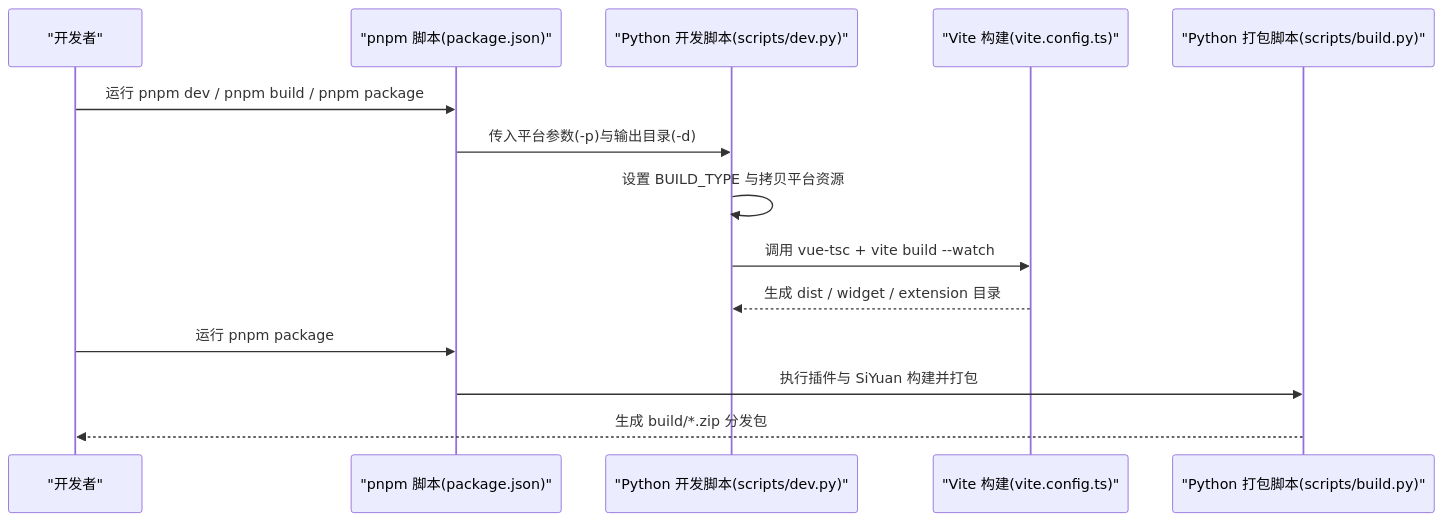
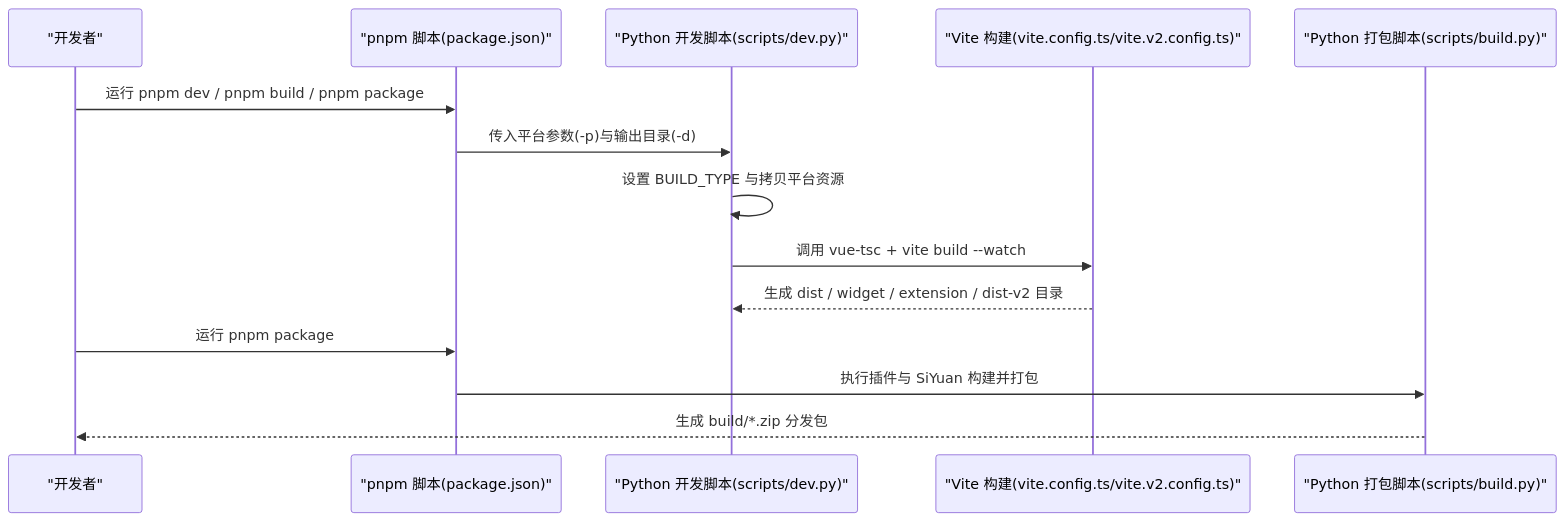
One commit to terwer/siyuan-plugin-publisher changed the second of 7 diagrams in .qoder/repowiki/zh/content/开发指南/开发指南.md. Above: the diagram before and after it, drawn with Mermaid. The commit also changed other lines of this file and 12 other files, not shown here.

````diff
--- a/.qoder/repowiki/zh/content/开发指南/开发指南.md
+++ b/.qoder/repowiki/zh/content/开发指南/开发指南.md
@@ -108,16 +132,16 @@
 ```mermaid
 sequenceDiagram
 participant Dev as "开发者"
 participant PNPM as "pnpm 脚本(package.json)"
 participant PyDev as "Python 开发脚本(scripts/dev.py)"
-participant Vite as "Vite 构建(vite.config.ts)"
+participant Vite as "Vite 构建(vite.config.ts/vite.v2.config.ts)"
 participant PyBuild as "Python 打包脚本(scripts/build.py)"
 Dev->>PNPM : 运行 pnpm dev / pnpm build / pnpm package
 PNPM->>PyDev : 传入平台参数(-p)与输出目录(-d)
 PyDev->>PyDev : 设置 BUILD_TYPE 与拷贝平台资源
 PyDev->>Vite : 调用 vue-tsc + vite build --watch
-Vite-->>PyDev : 生成 dist / widget / extension 目录
+Vite-->>PyDev : 生成 dist / widget / extension / dist-v2 目录
 Dev->>PNPM : 运行 pnpm package
 PNPM->>PyBuild : 执行插件与 SiYuan 构建并打包
 PyBuild-->>Dev : 生成 build/*.zip 分发包
 ```
````
